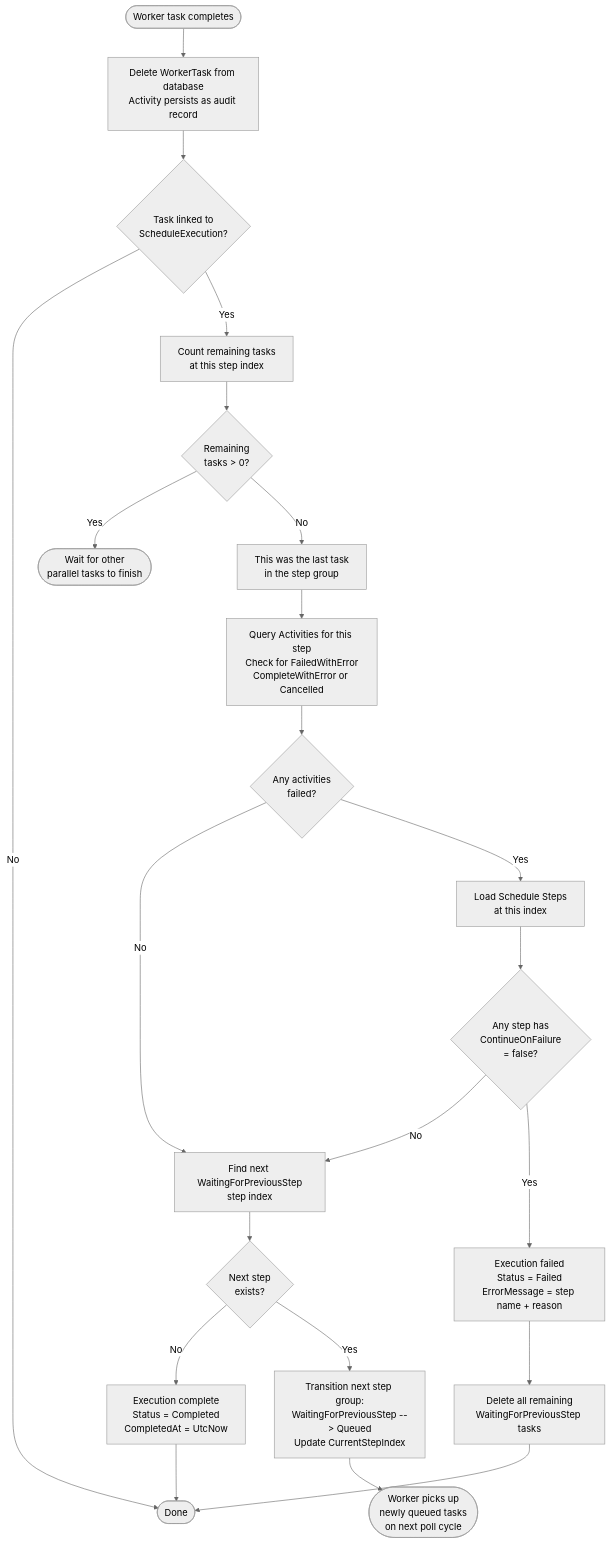
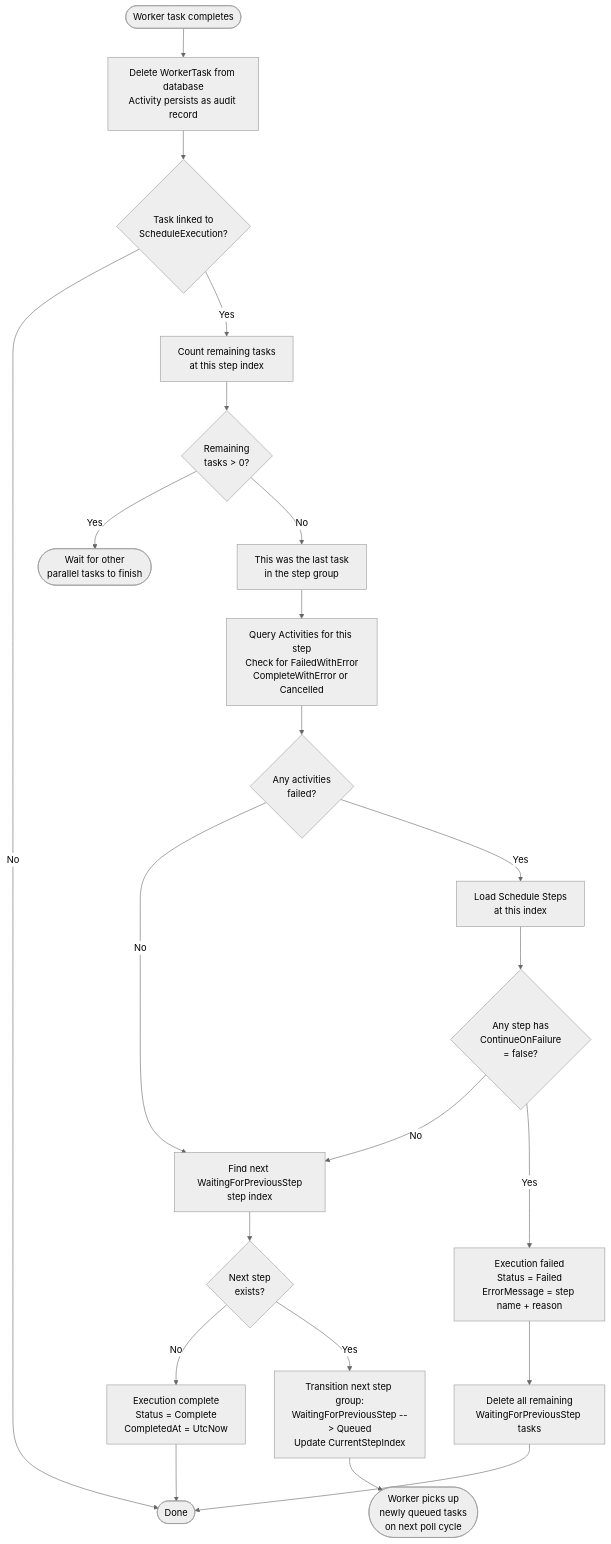
The fourth of 6 diagrams in docs/developer/diagrams/SCHEDULE_EXECUTION_LIFECYCLE.md (TetronIO/JIM), drawn with Mermaid (neutral theme) before and after one commit. The commit also changed other lines of this file and 28 other files, not shown here.

````diff
--- a/docs/developer/diagrams/SCHEDULE_EXECUTION_LIFECYCLE.md
+++ b/docs/developer/diagrams/SCHEDULE_EXECUTION_LIFECYCLE.md
@@ -97,32 +97,32 @@
 ```mermaid
 flowchart TD
     TaskDone([Worker task completes]) --> DeleteTask[Delete WorkerTask from database<br/>Activity persists as audit record]
     DeleteTask --> IsScheduled{Task linked to<br/>ScheduleExecution?}
     IsScheduled -->|No| Done([Done])
     IsScheduled -->|Yes| CheckRemaining[Count remaining tasks<br/>at this step index]
 
     CheckRemaining --> StillActive{Remaining<br/>tasks > 0?}
     StillActive -->|Yes| Wait([Wait for other<br/>parallel tasks to finish])
 
     StillActive -->|No| LastTask[This was the last task<br/>in the step group]
     LastTask --> CheckFailures[Query Activities for this step<br/>Check for FailedWithError<br/>CompleteWithError or Cancelled]
 
     CheckFailures --> AnyFailed{Any activities<br/>failed?}
 
     %% --- Happy path ---
     AnyFailed -->|No| FindNext[Find next WaitingForPreviousStep<br/>step index]
     FindNext --> HasNext{Next step<br/>exists?}
-    HasNext -->|No| ExecComplete[Execution complete<br/>Status = Completed<br/>CompletedAt = UtcNow]
+    HasNext -->|No| ExecComplete[Execution complete<br/>Status = Complete<br/>CompletedAt = UtcNow]
     ExecComplete --> Done
 
     HasNext -->|Yes| Advance[Transition next step group:<br/>WaitingForPreviousStep --> Queued<br/>Update CurrentStepIndex]
     Advance --> WorkerPicksUp([Worker picks up<br/>newly queued tasks<br/>on next poll cycle])
 
     %% --- Failure path ---
     AnyFailed -->|Yes| LoadSteps[Load Schedule Steps<br/>at this index]
     LoadSteps --> CheckContinue{Any step has<br/>ContinueOnFailure<br/>= false?}
     CheckContinue -->|No| FindNext
     CheckContinue -->|Yes| FailExec[Execution failed<br/>Status = Failed<br/>ErrorMessage = step name + reason]
     FailExec --> Cleanup[Delete all remaining<br/>WaitingForPreviousStep tasks]
     Cleanup --> Done
 ```
````
